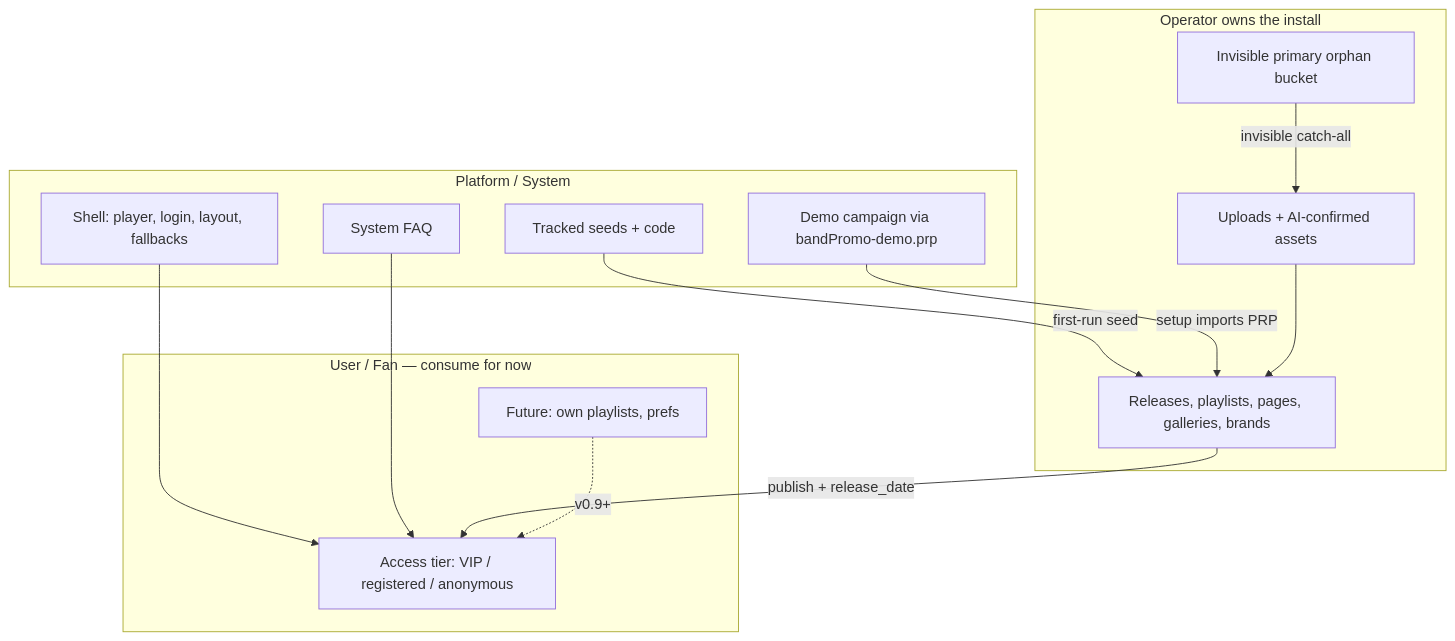
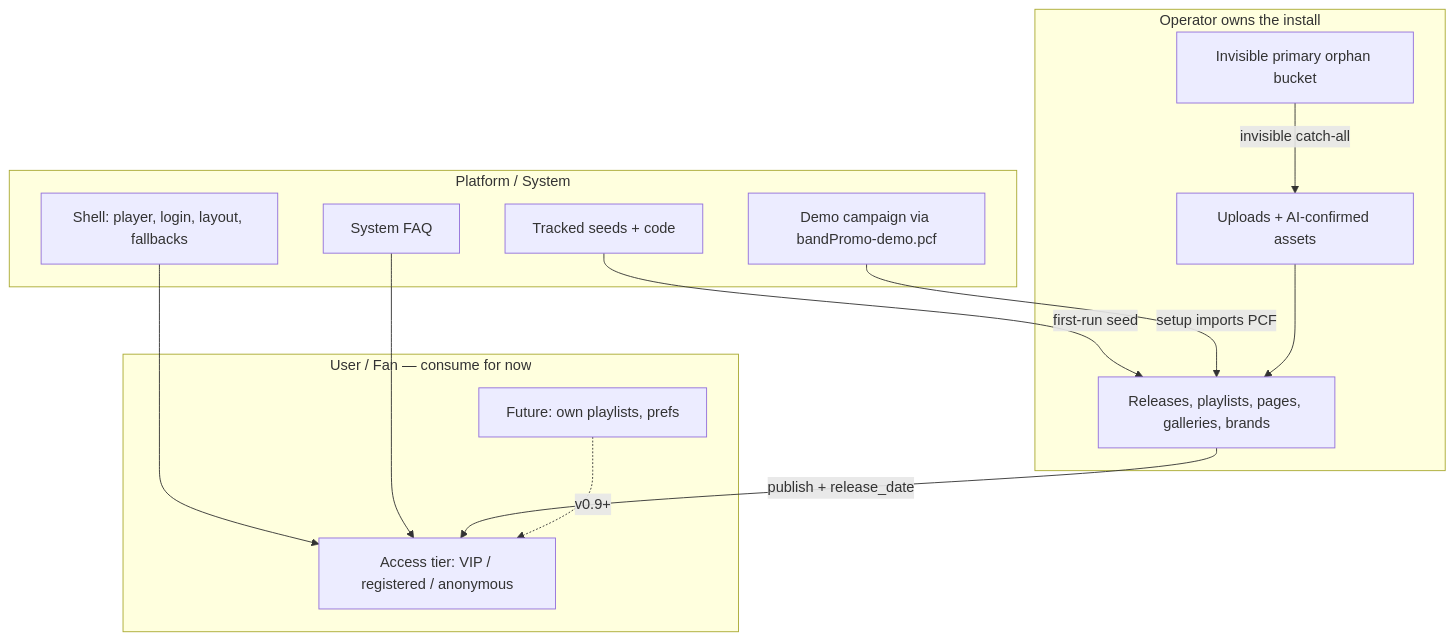
One commit to 7rym/bandPromo changed the diagram in docs/PLATFORM-MODEL.md. Above: the diagram before and after it, drawn with Mermaid. The commit also changed other lines of this file and 68 other files, not shown here.

Commit message:
Checkpoint Portable Campaign Files, playlist Base info, UK English copy, and Demo PCF refresh.

````diff
--- a/docs/PLATFORM-MODEL.md
+++ b/docs/PLATFORM-MODEL.md
@@ -179,29 +179,29 @@
 ```mermaid
 flowchart TB
   subgraph platform [Platform / System]
     shell[Shell: player, login, layout, fallbacks]
     faq[System FAQ]
-    demo[Demo campaign via bandPromo-demo.prp]
+    demo[Demo campaign via bandPromo-demo.pcf]
     templates[Tracked seeds + code]
   end
 
   subgraph operator [Operator owns the install]
     orphanBucket[Invisible primary orphan bucket]
     catalog[Releases, playlists, pages, galleries, brands]
     uploads[Uploads + AI-confirmed assets]
   end
 
   subgraph user [User / Fan — consume for now]
     access[Access tier: VIP / registered / anonymous]
     future[Future: own playlists, prefs]
   end
 
   templates -->|first-run seed| catalog
-  demo -->|setup imports PRP| catalog
+  demo -->|setup imports PCF| catalog
   orphanBucket -->|invisible catch-all| uploads
   uploads --> catalog
   shell --> access
   faq --> access
   catalog -->|publish + release_date| access
   future -.->|v0.9+| access
 ```
````
